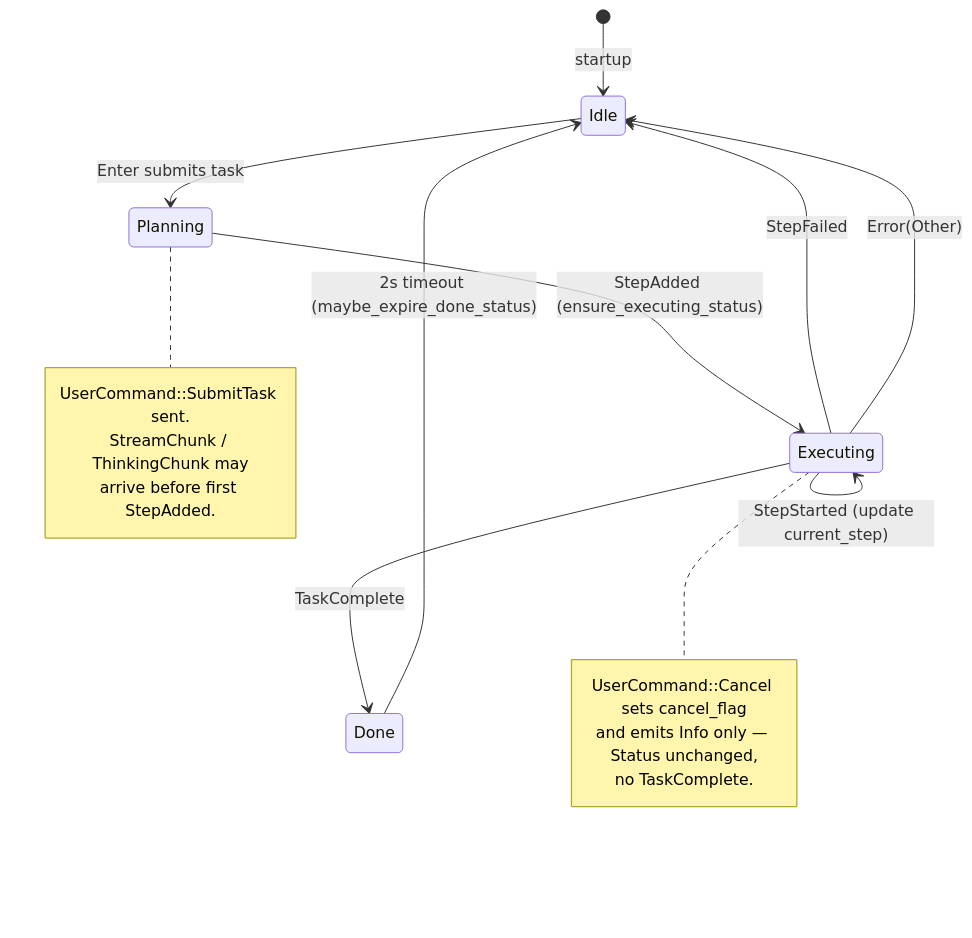
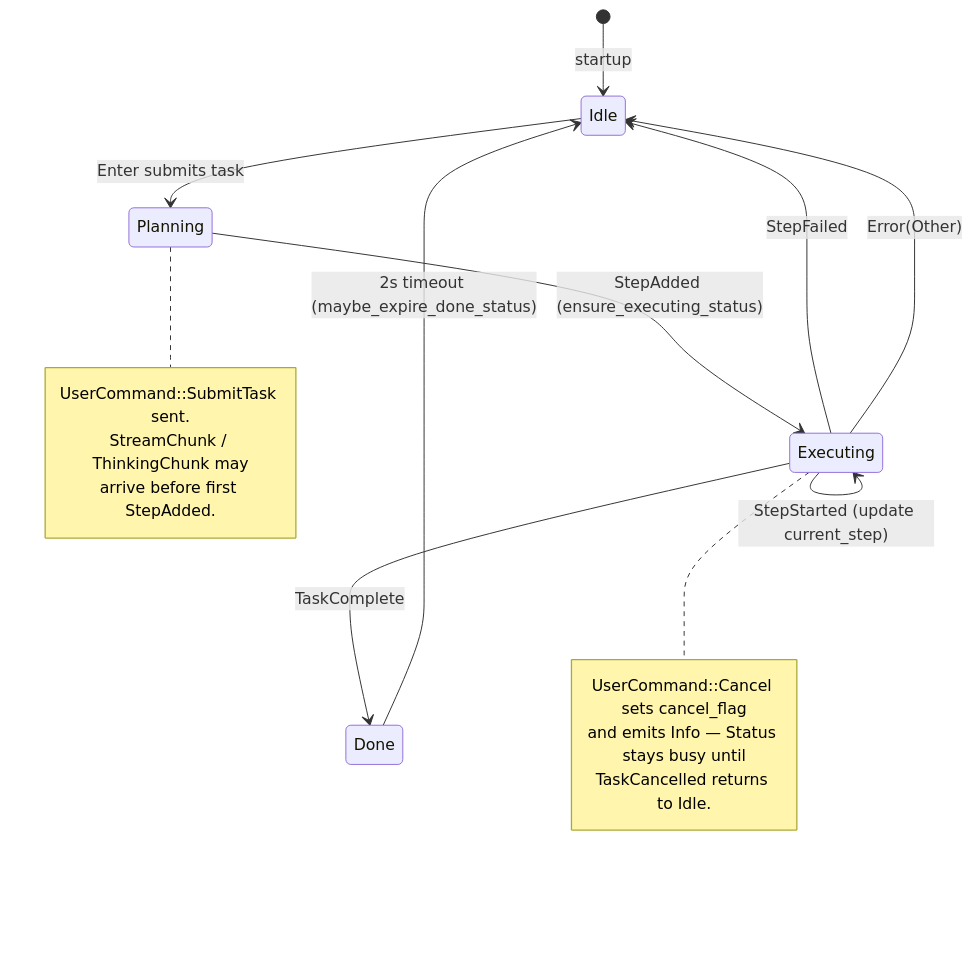
Before and after one commit to rust-infra/tact: the fourth of 9 diagrams in book/25_chapter_protocol.md, drawn with Mermaid. The commit also changed other lines of this file and 190 other files, not shown here.

````diff
--- a/book/25_chapter_protocol.md
+++ b/book/25_chapter_protocol.md
@@ -166,26 +184,26 @@
 ```mermaid
 stateDiagram-v2
     [*] --> Idle: startup
 
     Idle --> Planning: Enter submits task
     Planning --> Executing: StepAdded (ensure_executing_status)
     Executing --> Executing: StepStarted (update current_step)
 
     Executing --> Done: TaskComplete
     Executing --> Idle: StepFailed
     Executing --> Idle: Error(Other)
 
     Done --> Idle: 2s timeout (maybe_expire_done_status)
 
     note right of Planning
         UserCommand::SubmitTask sent.
         StreamChunk / ThinkingChunk may
         arrive before first StepAdded.
     end note
 
     note right of Executing
         UserCommand::Cancel sets cancel_flag
-        and emits Info only — Status unchanged,
-        no TaskComplete.
+        and emits Info — Status stays busy until
+        TaskCancelled returns to Idle.
     end note
 ```
````
